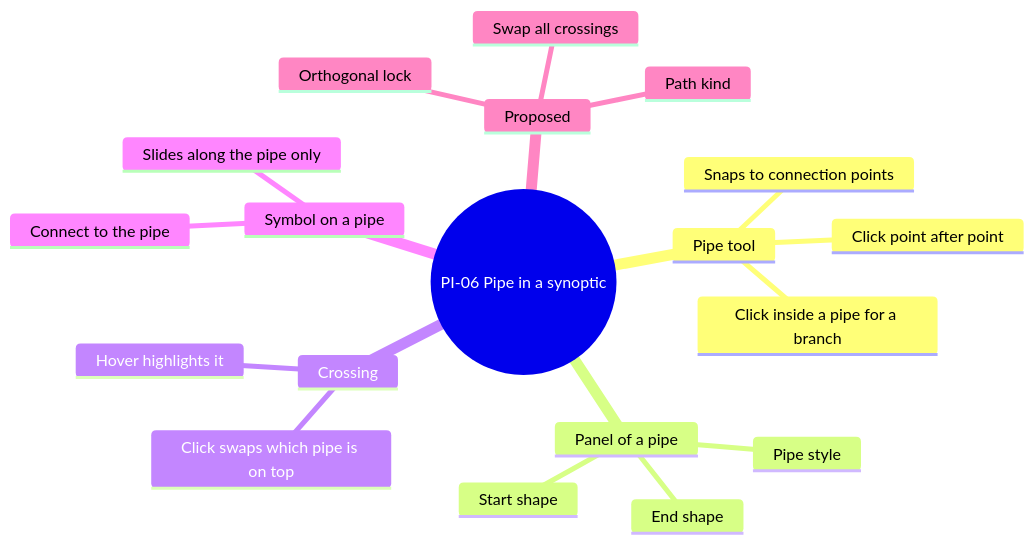
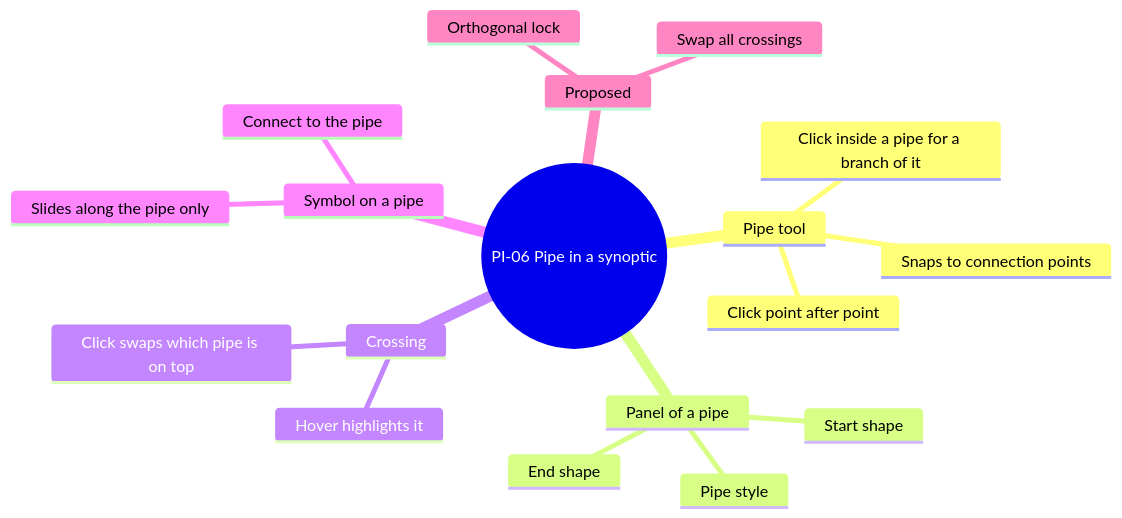
One commit to AlexandreGallais/synoptic-studio-spec changed the eighth of 8 diagrams in screens/pipes.md. Above: the diagram before and after it, drawn with Mermaid. The commit also changed other lines of this file and 11 other files, not shown here.

First line of the commit message:
docs(pipes): keep a branched pipe as one tree, drop path kind, name preview

````diff
--- a/screens/pipes.md
+++ b/screens/pipes.md
@@ -231,22 +230,21 @@
 ```mermaid
 mindmap
   root((PI-06 Pipe in a synoptic))
     Pipe tool
       Click point after point
       Snaps to connection points
-      Click inside a pipe for a branch
+      Click inside a pipe for a branch of it
     Panel of a pipe
       Pipe style
       Start shape
       End shape
     Crossing
       Hover highlights it
       Click swaps which pipe is on top
     Symbol on a pipe
       Connect to the pipe
       Slides along the pipe only
     Proposed
       Orthogonal lock
-      Path kind
       Swap all crossings
 ```
````
